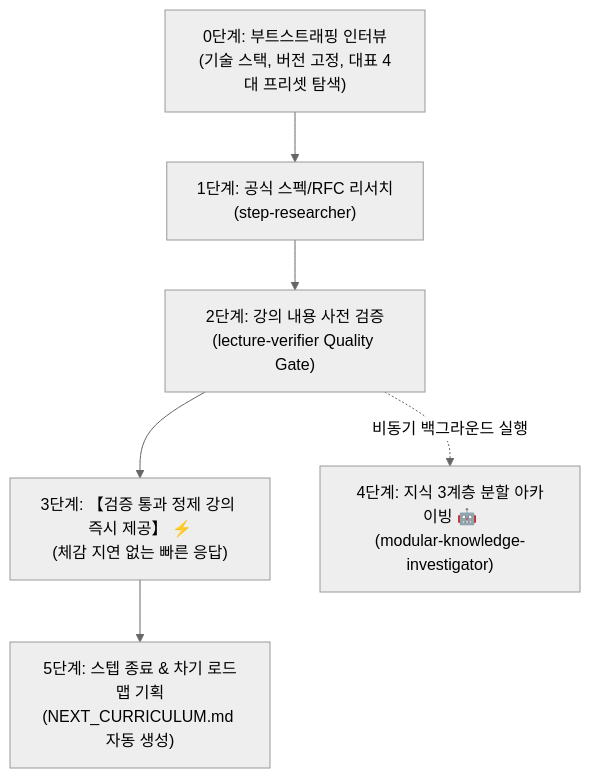
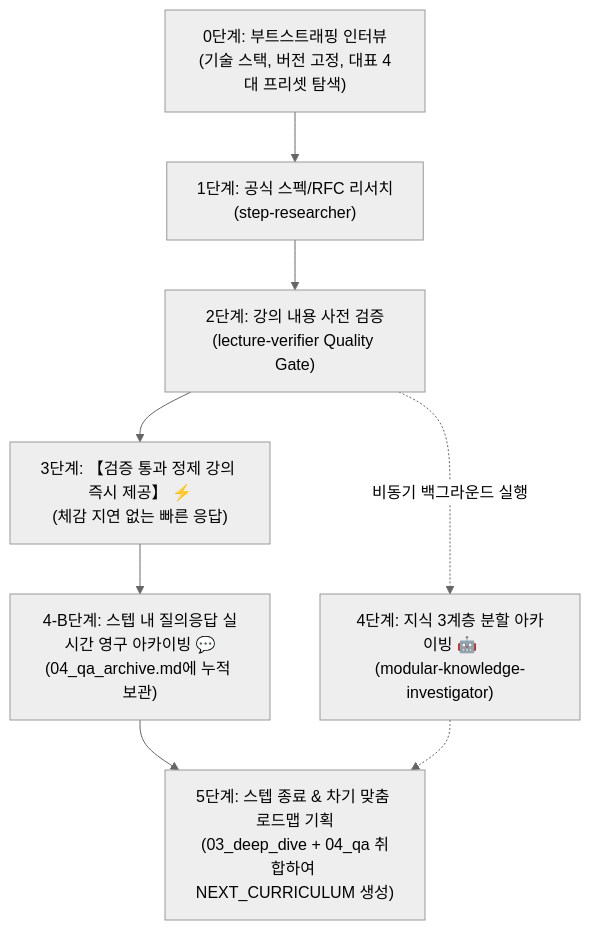
Before and after one commit to yg3988/learning-with-ai-tutor: the diagram in README.md, drawn with Mermaid (neutral theme). The commit also changed other lines of this file and 5 other files, not shown here.

````diff
--- a/README.md
+++ b/README.md
@@ -40,8 +40,10 @@
 ```mermaid
 flowchart TD
     S0["0단계: 부트스트래핑 인터뷰<br/>(기술 스택, 버전 고정, 대표 4대 프리셋 탐색)"] --> S1["1단계: 공식 스펙/RFC 리서치<br/>(step-researcher)"]
     S1 --> S2["2단계: 강의 내용 사전 검증<br/>(lecture-verifier Quality Gate)"]
     S2 --> S3["3단계: 【검증 통과 정제 강의 즉시 제공】 ⚡<br/>(체감 지연 없는 빠른 응답)"]
     S2 -.->|"비동기 백그라운드 실행"| S4["4단계: 지식 3계층 분할 아카이빙 🤖<br/>(modular-knowledge-investigator)"]
-    S3 --> S5["5단계: 스텝 종료 & 차기 로드맵 기획<br/>(NEXT_CURRICULUM.md 자동 생성)"]
+    S3 --> S3B["4-B단계: 스텝 내 질의응답 실시간 영구 아카이빙 💬<br/>(04_qa_archive.md에 누적 보관)"]
+    S3B --> S5["5단계: 스텝 종료 & 차기 맞춤 로드맵 기획<br/>(03_deep_dive + 04_qa 취합하여 NEXT_CURRICULUM 생성)"]
+    S4 -.-> S5
 ```
````
